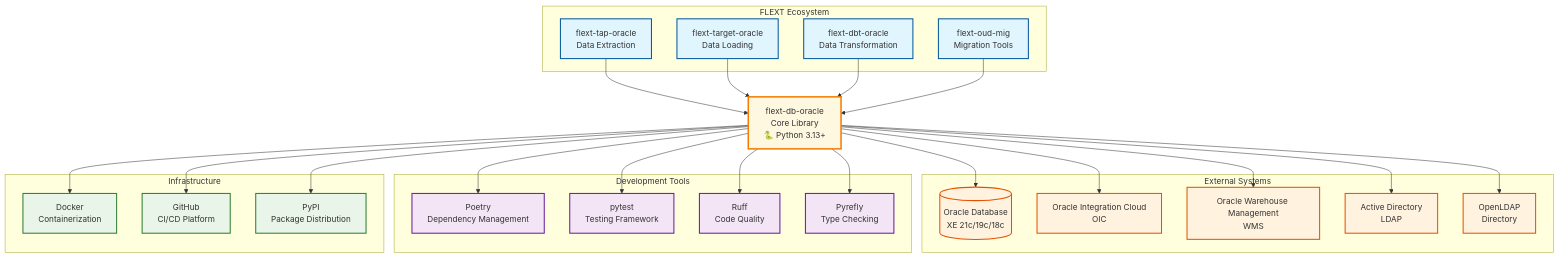
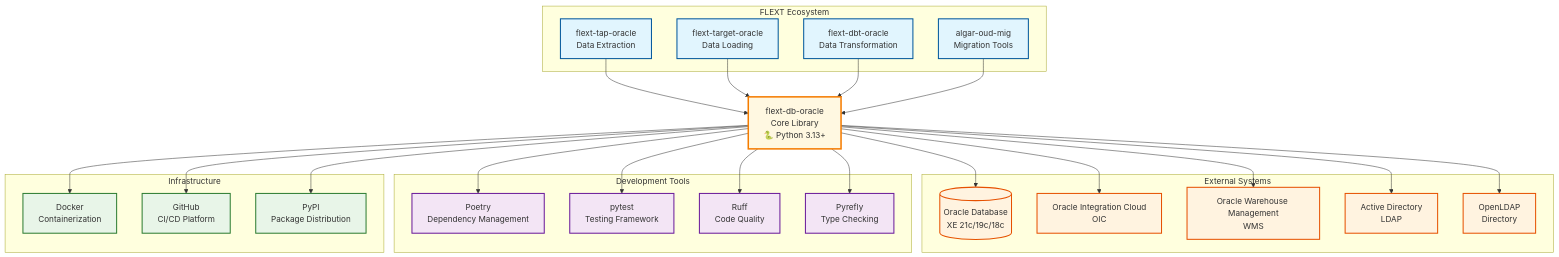
The diagram in docs/architecture/c4-context.md (flext-sh/flext-db-oracle), drawn with Mermaid before and after one commit. The commit also changed 2 other files, not shown here.

Commit message:
chore: refactor migration

````diff
--- a/docs/architecture/c4-context.md
+++ b/docs/architecture/c4-context.md
@@ -36,67 +36,67 @@
 ```mermaid
 graph TB
     subgraph "FLEXT Ecosystem"
         TAP[flext-tap-oracle<br/>Data Extraction]
         TARGET[flext-target-oracle<br/>Data Loading]
         DBT[flext-dbt-oracle<br/>Data Transformation]
-        FLEXT[flext-oud-mig<br/>Migration Tools]
+        FLEXT[algar-oud-mig<br/>Migration Tools]
     end
 
     subgraph "External Systems"
         ORACLE[(Oracle Database<br/>XE 21c/19c/18c)]
         OIC[Oracle Integration Cloud<br/>OIC]
         WMS[Oracle Warehouse Management<br/>WMS]
         AD[Active Directory<br/>LDAP]
         OPENLDAP[OpenLDAP<br/>Directory]
     end
 
     subgraph "Development Tools"
         POETRY[Poetry<br/>Dependency Management]
         PYTEST[pytest<br/>Testing Framework]
         RUFF[Ruff<br/>Code Quality]
         PYREFLY[Pyrefly<br/>Type Checking]
     end
 
     subgraph "Infrastructure"
         DOCKER[Docker<br/>Containerization]
         GITHUB[GitHub<br/>CI/CD Platform]
         PYPI[PyPI<br/>Package Distribution]
     end
 
     %% Core Library
     LIB[flext-db-oracle<br/>Core Library<br/>🐍 Python 3.13+]
 
     %% Connections
     TAP --> LIB
     TARGET --> LIB
     DBT --> LIB
     FLEXT --> LIB
 
     LIB --> ORACLE
     LIB --> OIC
     LIB --> WMS
     LIB --> AD
     LIB --> OPENLDAP
 
     LIB --> POETRY
     LIB --> PYTEST
     LIB --> RUFF
     LIB --> PYREFLY
 
     LIB --> DOCKER
     LIB --> GITHUB
     LIB --> PYPI
 
     %% Styling
     classDef ecosystem fill:#e1f5fe,stroke:#01579b,stroke-width:2px
     classDef external fill:#fff3e0,stroke:#e65100,stroke-width:2px
     classDef tools fill:#f3e5f5,stroke:#6a1b9a,stroke-width:2px
     classDef infra fill:#e8f5e8,stroke:#2e7d32,stroke-width:2px
     classDef core fill:#fff8e1,stroke:#f57c00,stroke-width:3px
 
     class TAP,TARGET,DBT,FLEXT ecosystem
     class ORACLE,OIC,WMS,AD,OPENLDAP external
     class POETRY,PYTEST,RUFF,PYREFLY tools
     class DOCKER,GITHUB,PYPI infra
     class LIB core
 ```
````
